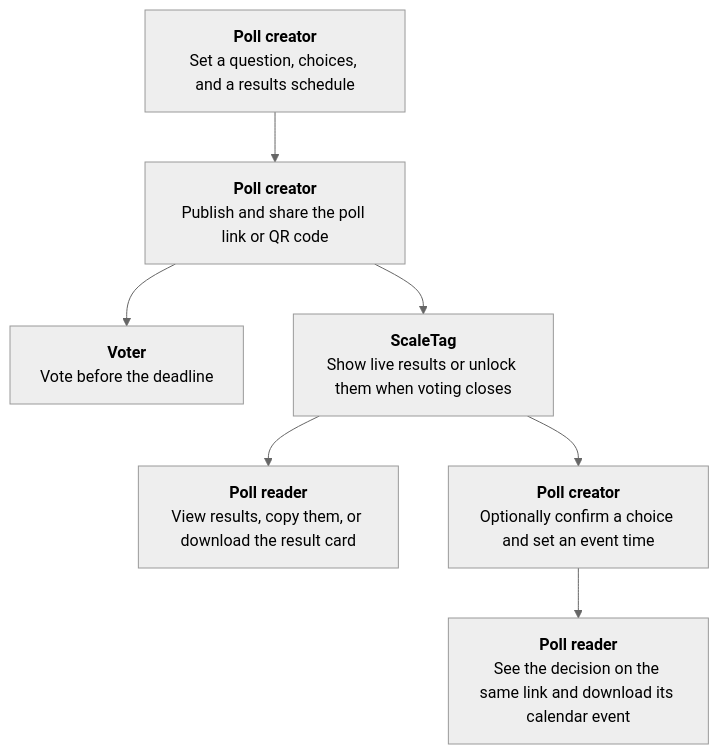
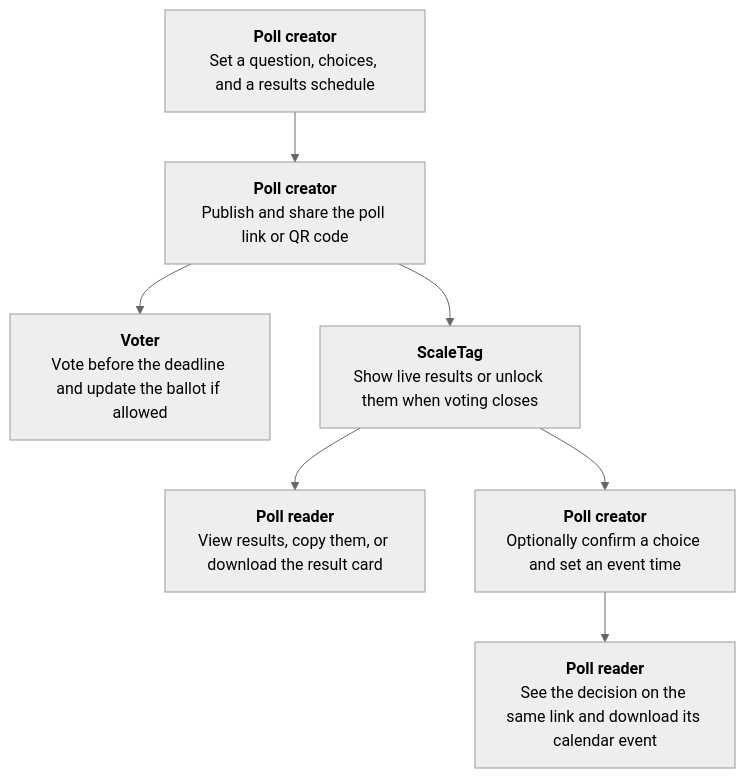
The first of 13 diagrams in README.md (ChrisXHLeung/ScaleTag), drawn with Mermaid (neutral theme) before and after one commit. The commit also changed other lines of this file and 9 other files, not shown here.

````diff
--- a/README.md
+++ b/README.md
@@ -13,9 +13,9 @@
 ```mermaid
 flowchart TD
     A["<b>Poll creator</b><br/>Set a question, choices, and a results schedule"] --> B["<b>Poll creator</b><br/>Publish and share the poll link or QR code"]
-    B --> C["<b>Voter</b><br/>Vote before the deadline"]
+    B --> C["<b>Voter</b><br/>Vote before the deadline and update the ballot if allowed"]
     B --> D["<b>ScaleTag</b><br/>Show live results or unlock them when voting closes"]
     D --> E["<b>Poll reader</b><br/>View results, copy them, or download the result card"]
     D --> F["<b>Poll creator</b><br/>Optionally confirm a choice and set an event time"]
     F --> G["<b>Poll reader</b><br/>See the decision on the same link and download its calendar event"]
 ```
````
